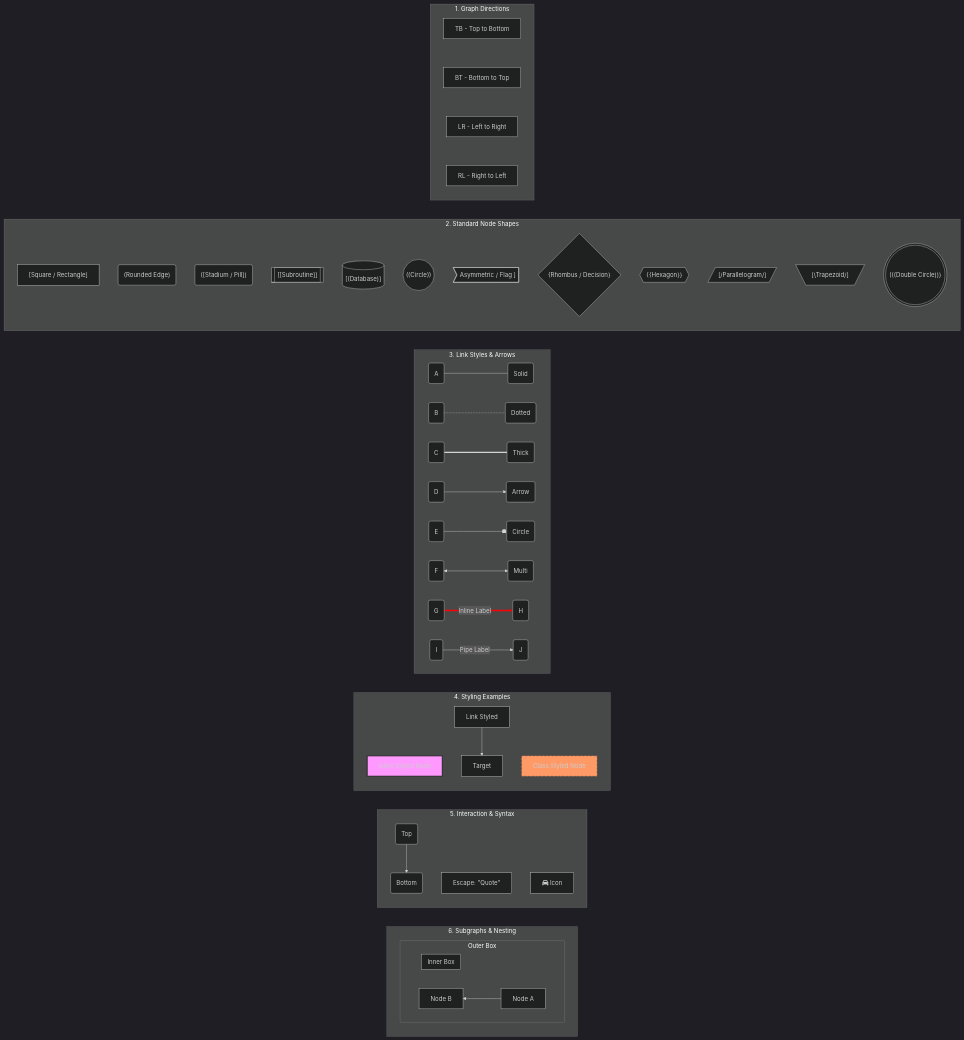
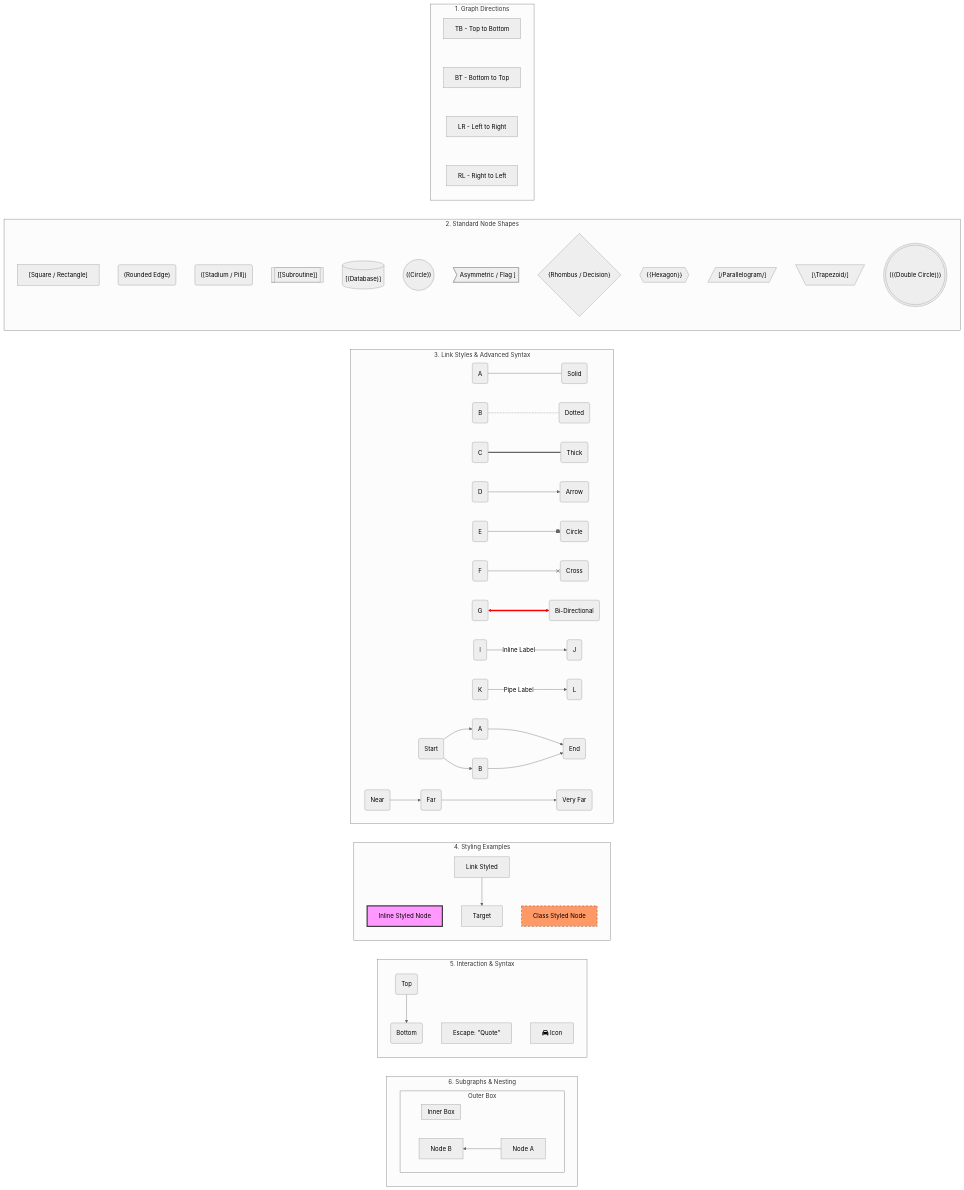
The diagram in Flowchart.mmd (MeRezaRezaei/Mermaid-Cheat-Sheet), drawn with Mermaid before and after one commit.

```diff
--- a/Flowchart.mmd
+++ b/Flowchart.mmd
@@ -1,103 +1,112 @@
-%%{init: {"theme": "dark", "flowchart": {"htmlLabels": true, "curve": "basis"}} }%%
+%%{init: {"theme": "neutral", "flowchart": {"htmlLabels": true, "curve": "basis"}} }%%
 flowchart TB
 
     %% =================================================================================
     %% 1. ORIENTATION
     %% =================================================================================
     subgraph Directions ["1. Graph Directions"]
         direction TB
         d1["TB - Top to Bottom"]
         d2["BT - Bottom to Top"]
         d3["LR - Left to Right"]
         d4["RL - Right to Left"]
         
         d1 ~~~ d2 ~~~ d3 ~~~ d4
     end
 
     %% =================================================================================
     %% 2. SHAPES (Standard Safe Syntax)
     %% =================================================================================
     subgraph Shapes ["2. Standard Node Shapes"]
         direction TB
         c1["[Square / Rectangle]"]
         c2(" (Rounded Edge) ")
         c3("([Stadium / Pill])")
         c4[["[[Subroutine]]"]]
         c5[("[(Database)]")]
         c6(("((Circle))"))
         c7>"Asymmetric / Flag ]"]
         c8{"{Rhombus / Decision}"}
         c9{{"{{Hexagon}}"}}
         c10[/"[/Parallelogram/]"/]
         c11[\"[\Trapezoid/]"/]
         c14((("(((Double Circle)))")))
     end
 
     %% =================================================================================
-    %% 3. LINKS
+    %% 3. LINKS & ARROWS
     %% =================================================================================
-    subgraph Links ["3. Link Styles & Arrows"]
+    subgraph Links ["3. Link Styles & Advanced Syntax"]
         direction LR
         L1(A) --- L2(Solid)
         L3(B) -.- L4(Dotted)
         L5(C) === L6(Thick)
+        
+        %% Arrow Types
         A1(D) --> A2(Arrow)
         A3(E) --o A4(Circle)
-        A5(F) <--> A6(Multi)
-        TX1(G) -- "Inline Label" --> TX2(H)
-        TX3(I) -->|Pipe Label| TX4(J)
+        A5(F) --x A6(Cross)
+        A7(G) <--> A8(Bi-Directional)
+        
+        %% Labels
+        TX1(I) -- "Inline Label" --> TX2(J)
+        TX3(K) -->|Pipe Label| TX4(L)
+        
+        %% Advanced: Multi-Node & Lengths
+        M1(Start) --> M2(A) & M3(B) --> M4(End)
+        LEN1(Near) --> LEN2(Far) ---> LEN3(Very Far)
     end
 
     %% =================================================================================
     %% 4. STYLING
     %% =================================================================================
     subgraph Styling ["4. Styling Examples"]
         direction TB
         S1[Inline Styled Node]
         style S1 fill:#f9f,stroke:#333,stroke-width:3px
         
         S2[Class Styled Node]:::myOrangeClass
         
         S3[Link Styled] --> S4[Target]
         linkStyle 9 stroke:red,stroke-width:4px;
     end
 
     %% =================================================================================
     %% 5. INTERACTION & EXTRAS
     %% =================================================================================
     subgraph Extras ["5. Interaction & Syntax"]
         direction TB
         I1[Click Me - Tooltip]
         click I1 "https://mermaid.js.org" "Tooltip Text"
         
-        I2["Markdown: **Bold**"]
+        I2["Markdown: **Bold** & *Italic*"]
         I3["Escape: #quot;Quote#quot;"]
         I4[fa:fa-car Icon]
     end
 
     %% =================================================================================
     %% 6. SUBGRAPHS & NESTING
     %% =================================================================================
     subgraph Grouping ["6. Subgraphs & Nesting"]
         direction TB
         %% Notice how we can nest graphs and change direction
         subgraph Outer [Outer Box]
             direction RL
             O1[Node A] --> O2[Node B]
             
             subgraph Inner [Inner Box]
                 direction TB
                 I1(Top) --> I2(Bottom)
             end
         end
     end
 
-    %% Column Layout
+    %% Column Layout Helpers
     Directions ~~~ Shapes
     Shapes ~~~ Links
     Links ~~~ Styling
     Styling ~~~ Extras
     Extras ~~~ Grouping
 
     %% Class Definition
     classDef myOrangeClass fill:#f96,stroke:#333,stroke-dasharray: 5 5;
```
